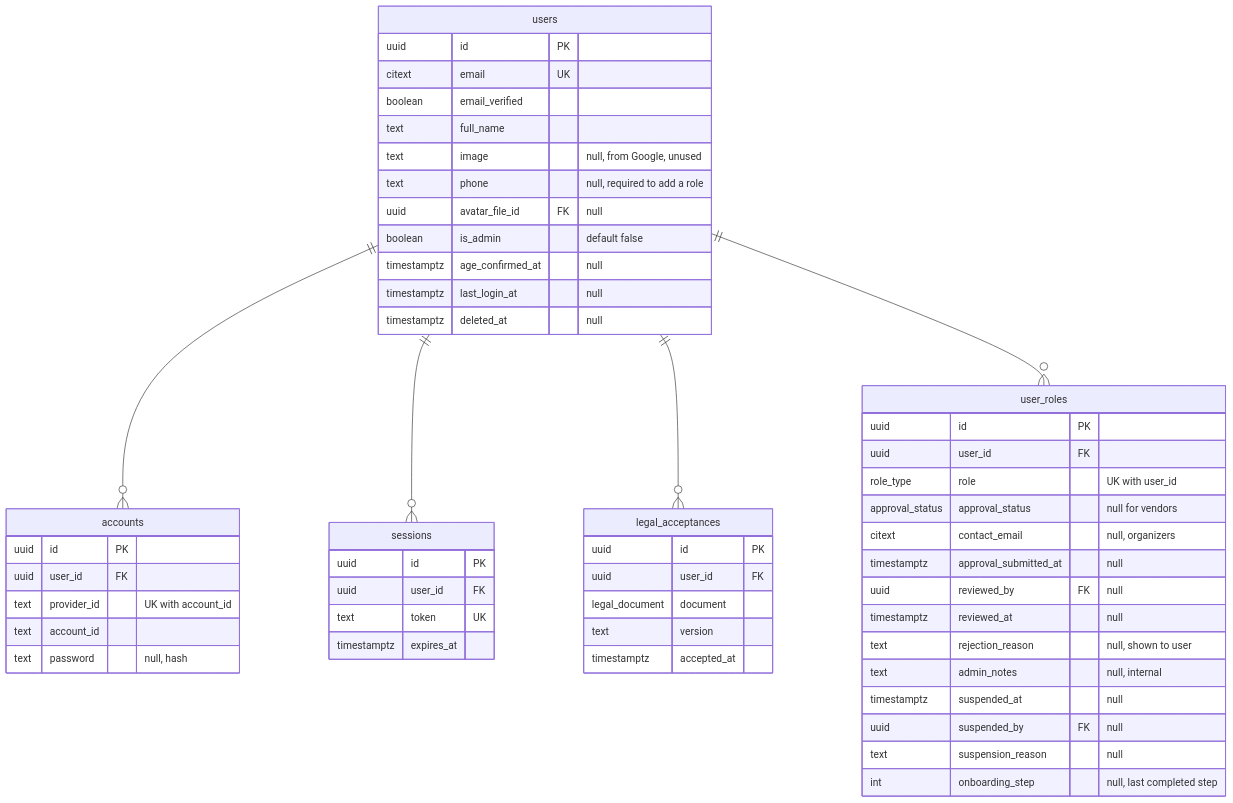
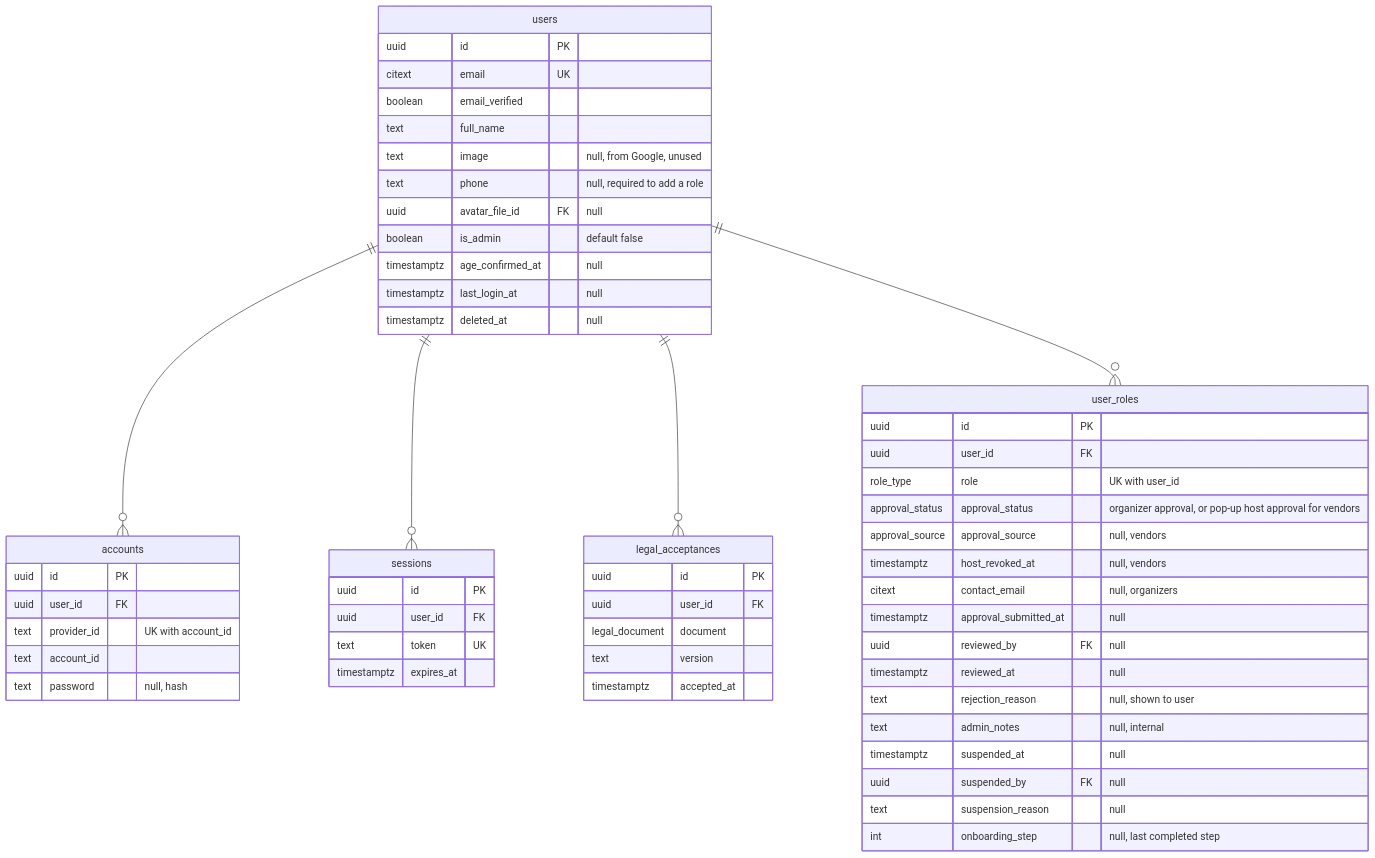
Before and after one commit to Aycees/Creavent: the second of 6 diagrams in docs/data-model.md, drawn with Mermaid. The commit also changed other lines of this file and 113 other files, not shown here.

First line of the commit message:
Phase 6: pop-up events (vendor-hosted, no organizer) (#23)

````diff
--- a/docs/data-model.md
+++ b/docs/data-model.md
@@ -125,56 +130,58 @@
 ```mermaid
 erDiagram
     users {
         uuid id PK
         citext email UK
         boolean email_verified
         text full_name
         text image "null, from Google, unused"
         text phone "null, required to add a role"
         uuid avatar_file_id FK "null"
         boolean is_admin "default false"
         timestamptz age_confirmed_at "null"
         timestamptz last_login_at "null"
         timestamptz deleted_at "null"
     }
     accounts {
         uuid id PK
         uuid user_id FK
         text provider_id "UK with account_id"
         text account_id
         text password "null, hash"
     }
     sessions {
         uuid id PK
         uuid user_id FK
         text token UK
         timestamptz expires_at
     }
     legal_acceptances {
         uuid id PK
         uuid user_id FK
         legal_document document
         text version
         timestamptz accepted_at
     }
     user_roles {
         uuid id PK
         uuid user_id FK
         role_type role "UK with user_id"
-        approval_status approval_status "null for vendors"
+        approval_status approval_status "organizer approval, or pop-up host approval for vendors"
+        approval_source approval_source "null, vendors"
+        timestamptz host_revoked_at "null, vendors"
         citext contact_email "null, organizers"
         timestamptz approval_submitted_at "null"
         uuid reviewed_by FK "null"
         timestamptz reviewed_at "null"
         text rejection_reason "null, shown to user"
         text admin_notes "null, internal"
         timestamptz suspended_at "null"
         uuid suspended_by FK "null"
         text suspension_reason "null"
         int onboarding_step "null, last completed step"
     }
     users ||--o{ accounts : ""
     users ||--o{ sessions : ""
     users ||--o{ legal_acceptances : ""
     users ||--o{ user_roles : ""
 ```
````
